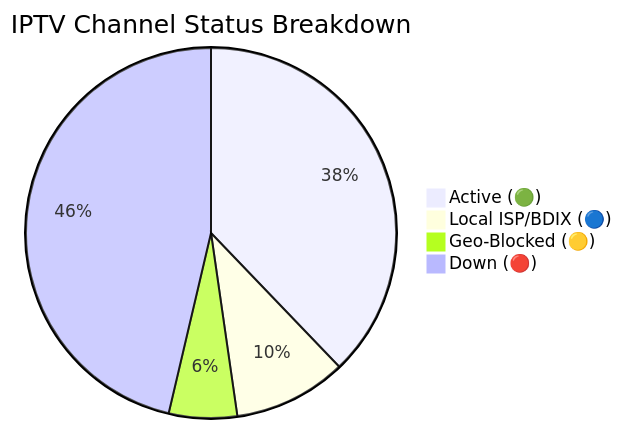
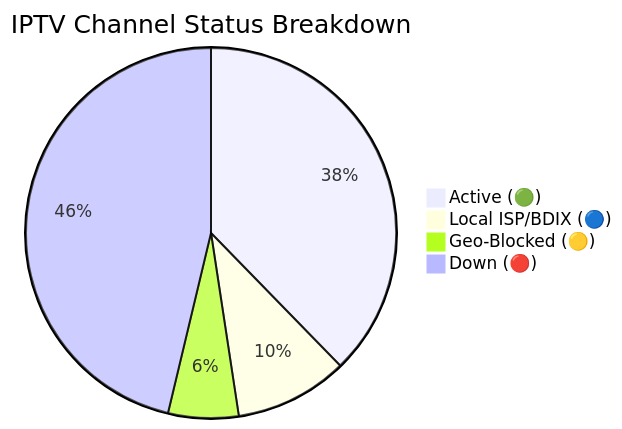
The diagram in README.md (andreataylord/Ip-tv-Collection), drawn with Mermaid before and after one commit. The commit also changed other lines of this file and 1 other file, not shown here.

Commit message:
docs(readme): auto-update daily channel status chart

````diff
--- a/README.md
+++ b/README.md
@@ -59,7 +59,7 @@
 ```mermaid
 pie title IPTV Channel Status Breakdown
-    "Active (🟢)" : 2989
+    "Active (🟢)" : 2979
     "Local ISP/BDIX (🔵)" : 781
-    "Geo-Blocked (🟡)" : 470
-    "Down (🔴)" : 3660
+    "Geo-Blocked (🟡)" : 485
+    "Down (🔴)" : 3655
 ```
````
